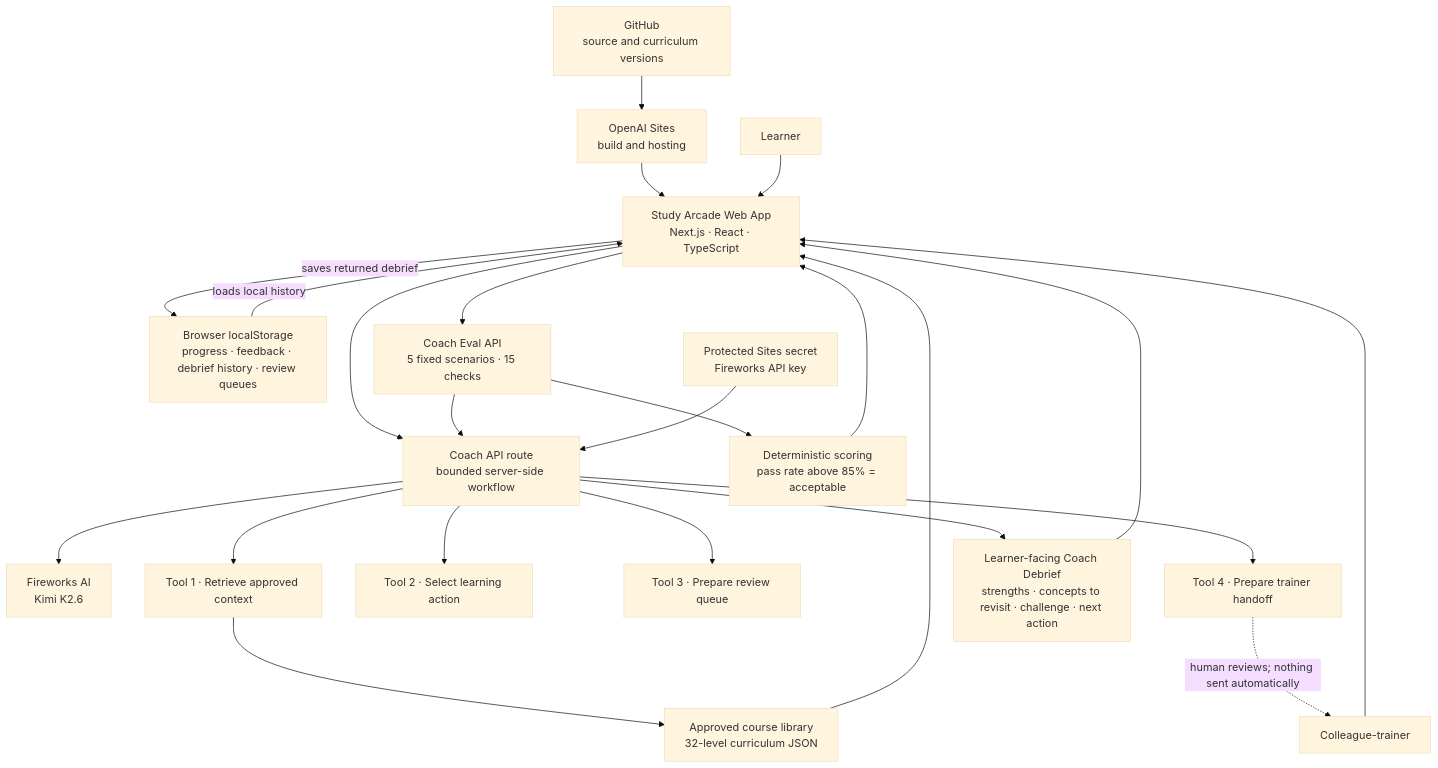
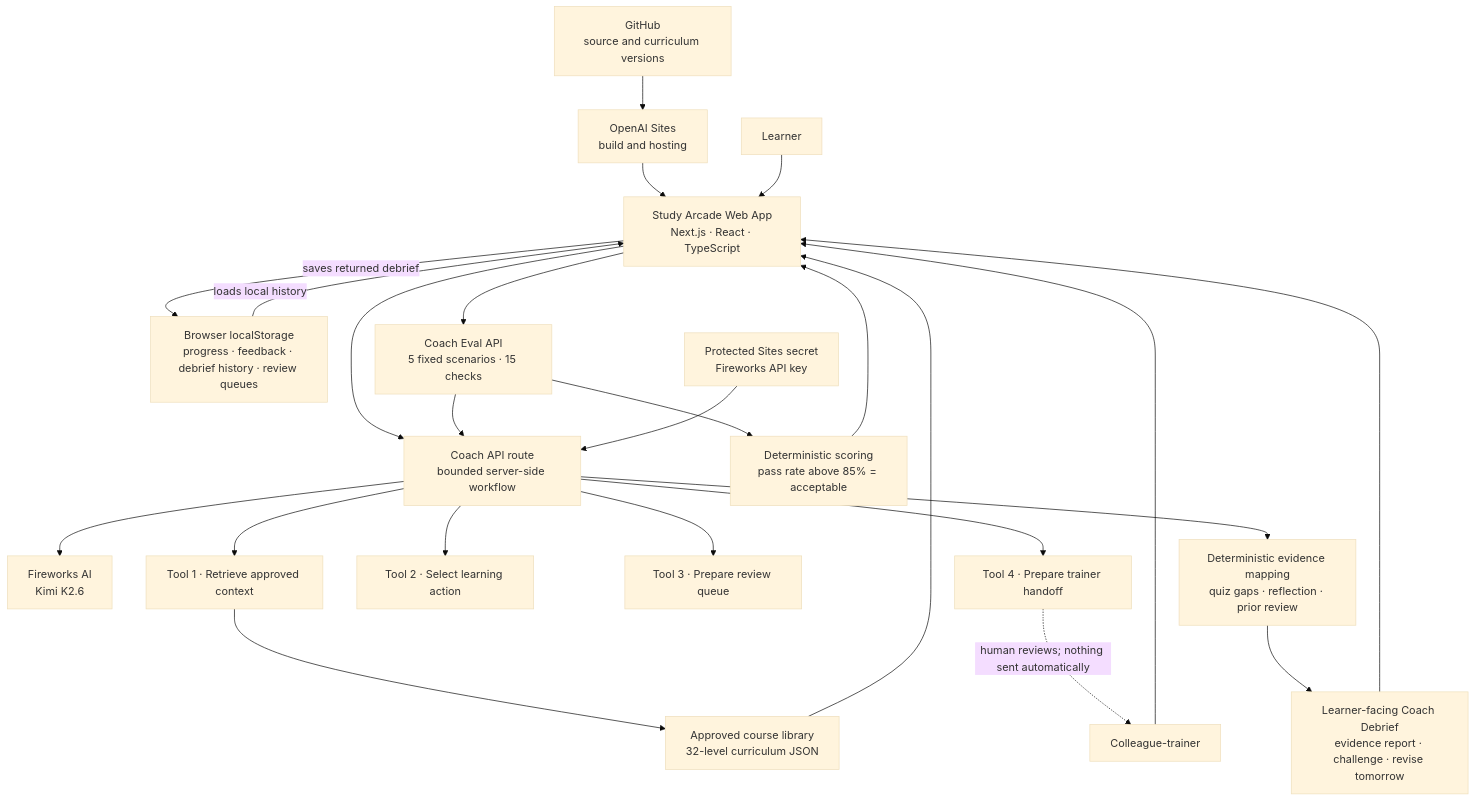
The diagram in docs/architecture.md (MittalP2/securitization-arcade-employee-training), drawn with Mermaid (base theme) before and after one commit. The commit also changed 4 other files, not shown here.

Commit message:
Explain Coach recommendations with evidence

````diff
--- a/docs/architecture.md
+++ b/docs/architecture.md
@@ -5,29 +5,30 @@
 ```mermaid
 flowchart TB
     GitHub["GitHub<br/>source and curriculum versions"] --> Sites["OpenAI Sites<br/>build and hosting"]
     Sites --> Web["Study Arcade Web App<br/>Next.js · React · TypeScript"]
 
     Learner["Learner"] --> Web
     Trainer["Colleague-trainer"] --> Web
     Curriculum["Approved course library<br/>32-level curriculum JSON"] --> Web
     State["Browser localStorage<br/>progress · feedback · debrief history · review queues"] -->|loads local history| Web
 
     Web --> CoachAPI["Coach API route<br/>bounded server-side workflow"]
     CoachAPI --> Fireworks["Fireworks AI<br/>Kimi K2.6"]
     CoachAPI --> Retrieve["Tool 1 · Retrieve approved context"]
     CoachAPI --> Decide["Tool 2 · Select learning action"]
     CoachAPI --> Review["Tool 3 · Prepare review queue"]
     CoachAPI --> Handoff["Tool 4 · Prepare trainer handoff"]
     Retrieve --> Curriculum
     Handoff -.->|human reviews; nothing sent automatically| Trainer
-    CoachAPI --> Debrief["Learner-facing Coach Debrief<br/>strengths · concepts to revisit · challenge · next action"]
+    CoachAPI --> Evidence["Deterministic evidence mapping<br/>quiz gaps · reflection · prior review"]
+    Evidence --> Debrief["Learner-facing Coach Debrief<br/>evidence report · challenge · revise tomorrow"]
     Debrief --> Web
     Web -->|saves returned debrief| State
 
     Web --> EvalAPI["Coach Eval API<br/>5 fixed scenarios · 15 checks"]
     EvalAPI --> CoachAPI
     EvalAPI --> Score["Deterministic scoring<br/>pass rate above 85% = acceptable"]
     Score --> Web
 
     Secrets["Protected Sites secret<br/>Fireworks API key"] --> CoachAPI
 ```
````
